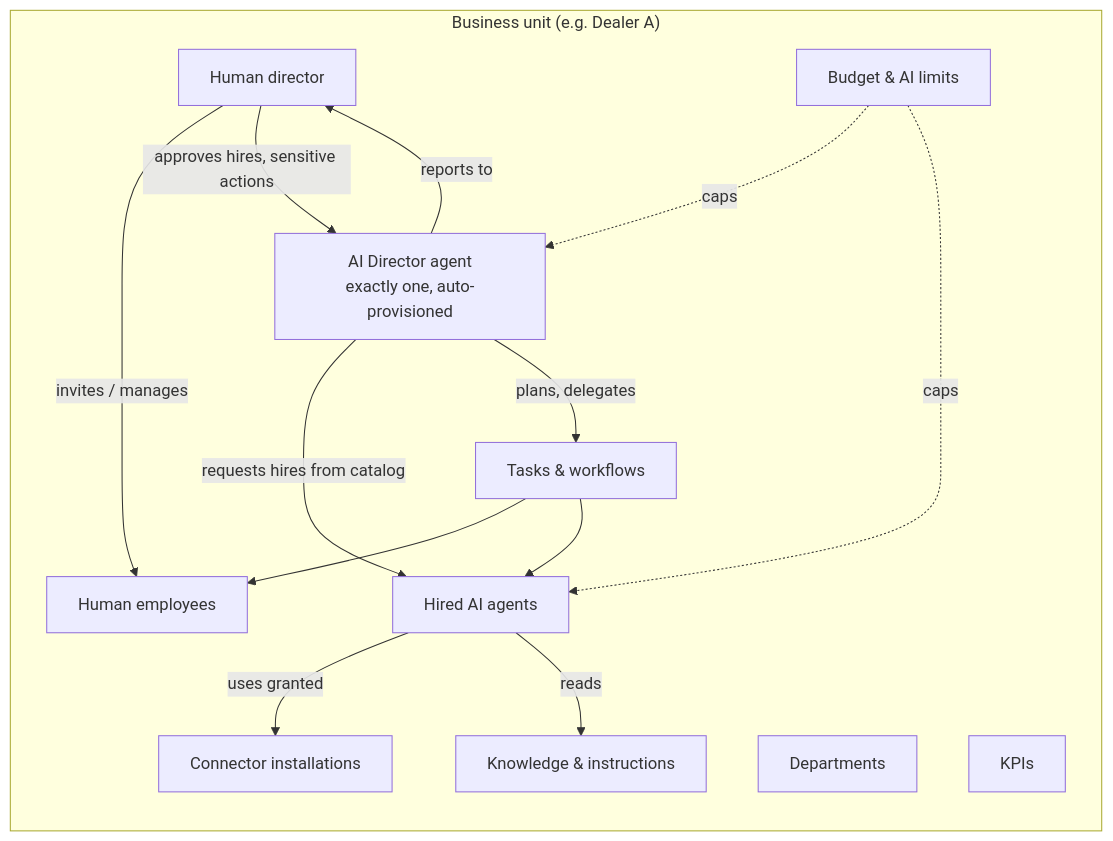
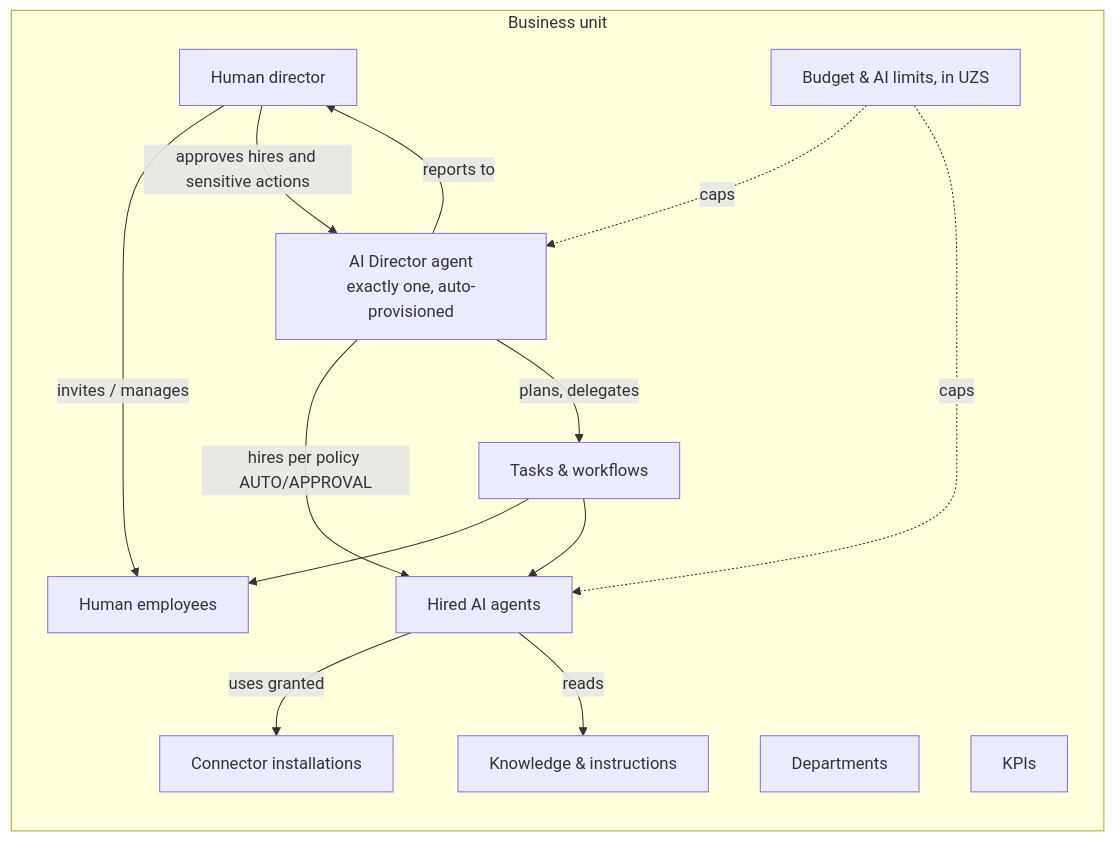
The third of 6 diagrams in docs/SAG_WORLD_ARCHITECTURE.md (iwyoqar/sag-ai-office), drawn with Mermaid before and after one commit. The commit also changed other lines of this file and 5 other files, not shown here.

````diff
--- a/docs/SAG_WORLD_ARCHITECTURE.md
+++ b/docs/SAG_WORLD_ARCHITECTURE.md
@@ -86,24 +124,24 @@
 ```mermaid
 flowchart LR
-  subgraph BU["Business unit (e.g. Dealer A)"]
+  subgraph BU["Business unit"]
     HD[Human director]
     AID[AI Director agent<br/>exactly one, auto-provisioned]
     DEP[Departments]
     HE[Human employees]
     AG[Hired AI agents]
     T[Tasks & workflows]
     K[Knowledge & instructions]
     C[Connector installations]
-    B[Budget & AI limits]
+    B[Budget & AI limits, in UZS]
     KPI[KPIs]
   end
   HD -- invites / manages --> HE
-  HD -- approves hires, sensitive actions --> AID
-  AID -- requests hires from catalog --> AG
+  HD -- approves hires and sensitive actions --> AID
+  AID -- hires per policy AUTO/APPROVAL --> AG
   AID -- plans, delegates --> T
   T --> HE & AG
   AG -- uses granted --> C
   AG -- reads --> K
   AID -- reports to --> HD
   B -. caps .-> AID & AG
 ```
````
